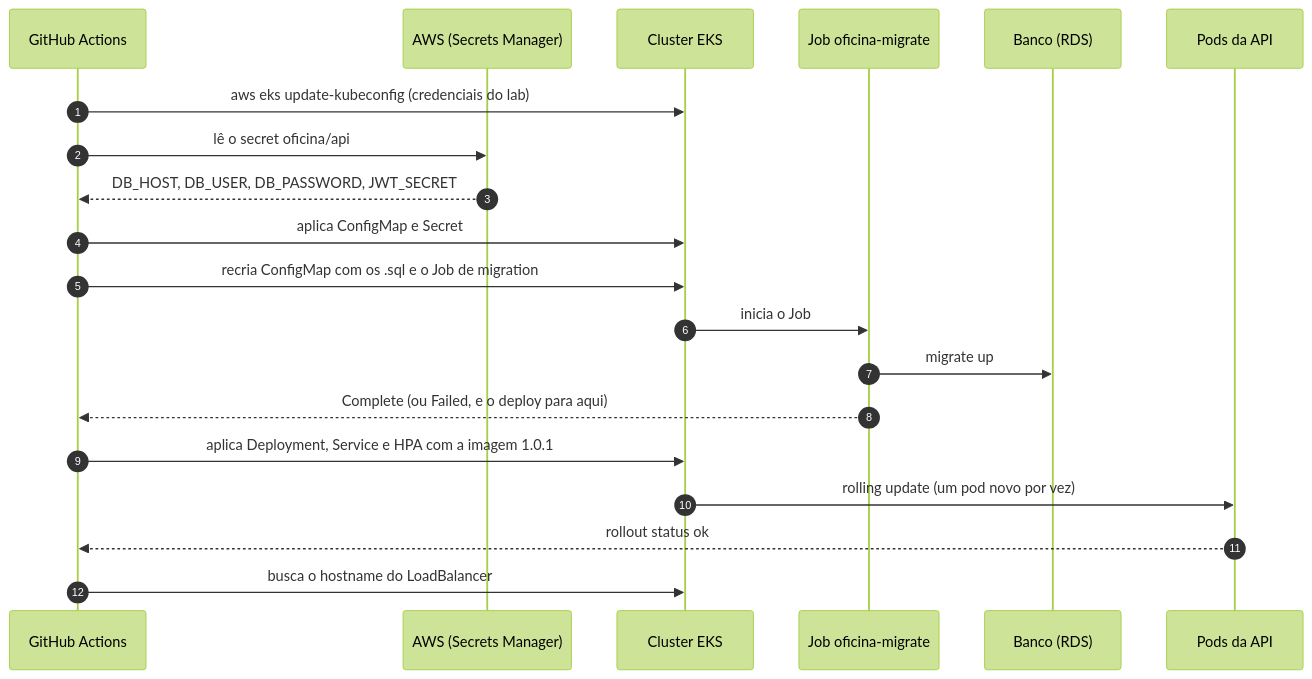
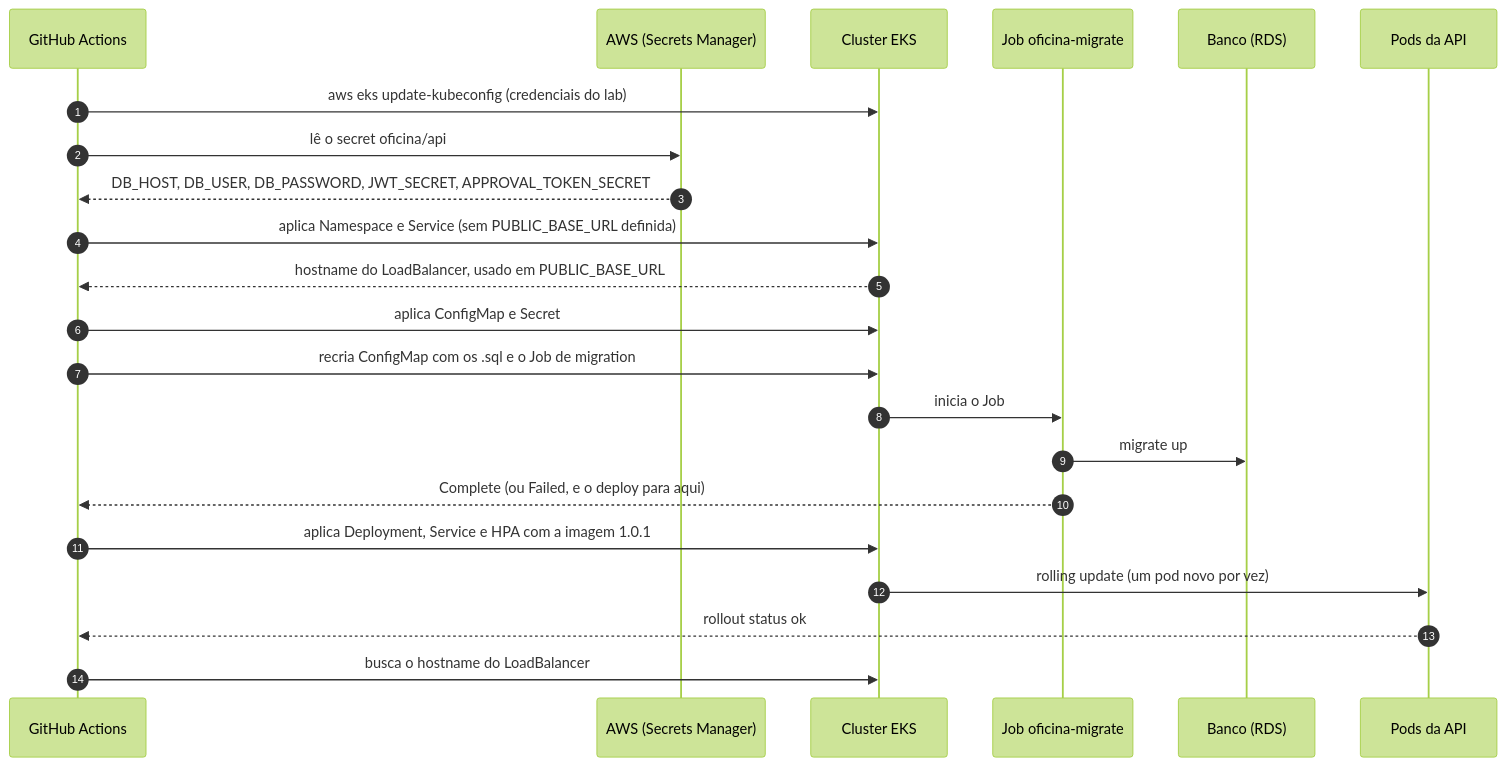
Before and after one commit to muriloperosa/soat-architecture: the fourth of 4 diagrams in docs/CI_CD.md, drawn with Mermaid (forest theme). The commit also changed other lines of this file and 8 other files, not shown here.

````diff
--- a/docs/CI_CD.md
+++ b/docs/CI_CD.md
@@ -201,23 +201,25 @@
 ```mermaid
 sequenceDiagram
     autonumber
     participant GH as GitHub Actions
     participant AWS as AWS (Secrets Manager)
     participant K as Cluster EKS
     participant J as Job oficina-migrate
     participant DB as Banco (RDS)
     participant API as Pods da API
 
     GH->>K: aws eks update-kubeconfig (credenciais do lab)
     GH->>AWS: lê o secret oficina/api
-    AWS-->>GH: DB_HOST, DB_USER, DB_PASSWORD, JWT_SECRET
+    AWS-->>GH: DB_HOST, DB_USER, DB_PASSWORD, JWT_SECRET, APPROVAL_TOKEN_SECRET
+    GH->>K: aplica Namespace e Service (sem PUBLIC_BASE_URL definida)
+    K-->>GH: hostname do LoadBalancer, usado em PUBLIC_BASE_URL
     GH->>K: aplica ConfigMap e Secret
     GH->>K: recria ConfigMap com os .sql e o Job de migration
     K->>J: inicia o Job
     J->>DB: migrate up
     J-->>GH: Complete (ou Failed, e o deploy para aqui)
     GH->>K: aplica Deployment, Service e HPA com a imagem 1.0.1
     K->>API: rolling update (um pod novo por vez)
     API-->>GH: rollout status ok
     GH->>K: busca o hostname do LoadBalancer
 ```
````
